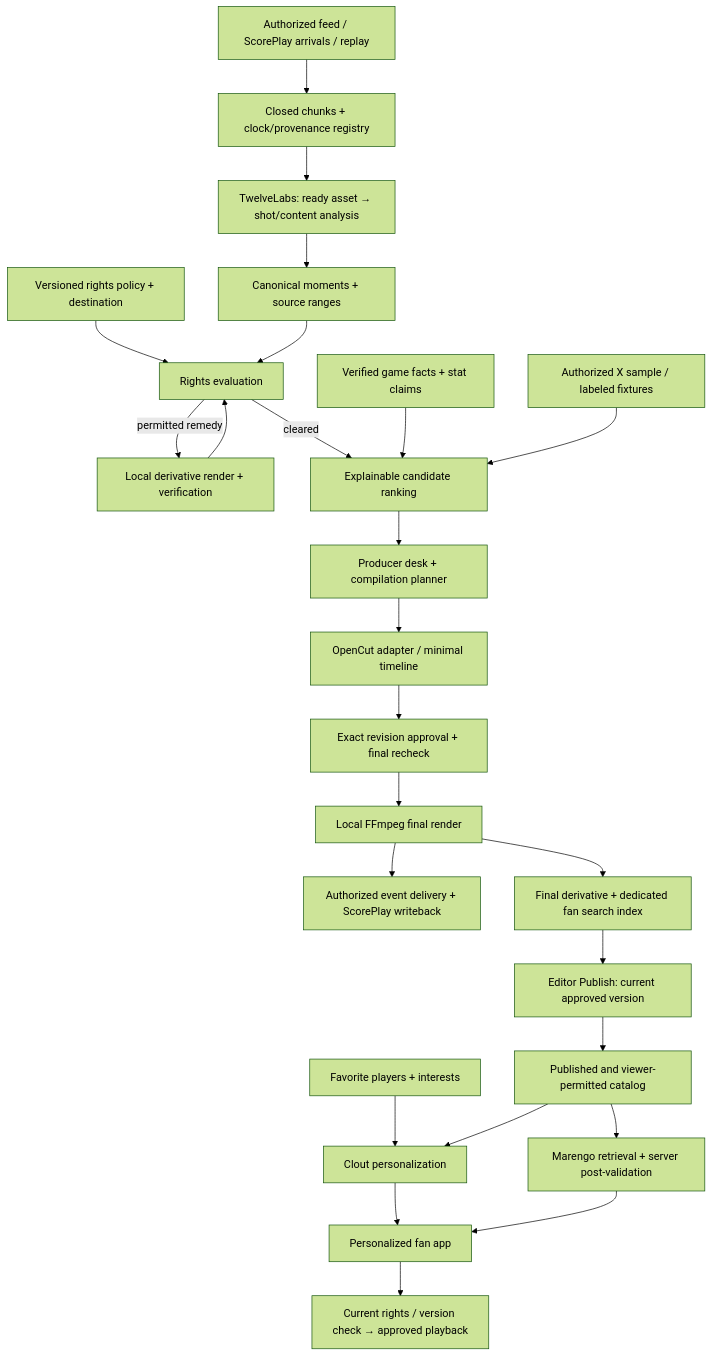
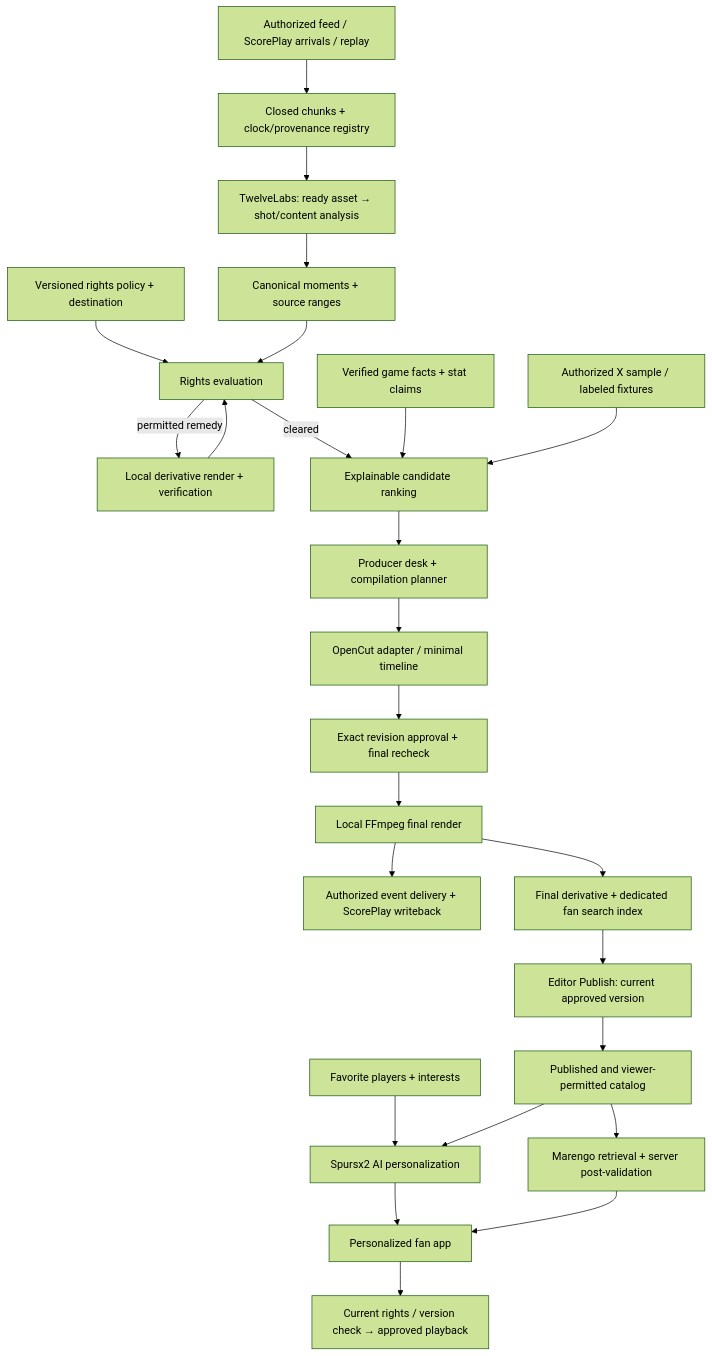
Before and after one commit to PlayClout/spurs2-content-intelligence: the diagram in design.md, drawn with Mermaid (forest theme). The commit also changed other lines of this file and 25 other files, not shown here.

````diff
--- a/design.md
+++ b/design.md
@@ -236,27 +236,27 @@
 ```mermaid
 flowchart TB
   Feed[Authorized feed / ScorePlay arrivals / replay] --> Buffer[Closed chunks + clock/provenance registry]
   Buffer --> TL[TwelveLabs: ready asset → shot/content analysis]
   TL --> Candidates[Canonical moments + source ranges]
   Policy[Versioned rights policy + destination] --> Rights[Rights evaluation]
   Candidates --> Rights
   Rights -->|permitted remedy| Clean[Local derivative render + verification]
   Clean --> Rights
   Rights -->|cleared| Rank[Explainable candidate ranking]
   Facts[Verified game facts + stat claims] --> Rank
   Social[Authorized X sample / labeled fixtures] --> Rank
   Rank --> Desk[Producer desk + compilation planner]
   Desk --> Editor[OpenCut adapter / minimal timeline]
   Editor --> Gate[Exact revision approval + final recheck]
   Gate --> Render[Local FFmpeg final render]
   Render --> Delivery[Authorized event delivery + ScorePlay writeback]
   Render --> Prepared[Final derivative + dedicated fan search index]
   Prepared --> Publish[Editor Publish: current approved version]
   Publish --> Catalog[Published and viewer-permitted catalog]
-  Profile[Favorite players + interests] --> FanRank[Clout personalization]
+  Profile[Favorite players + interests] --> FanRank[Spursx2 AI personalization]
   Catalog --> FanRank
   Catalog --> Search[Marengo retrieval + server post-validation]
   FanRank --> Fan[Personalized fan app]
   Search --> Fan
   Fan --> Play[Current rights / version check → approved playback]
 ```
````
